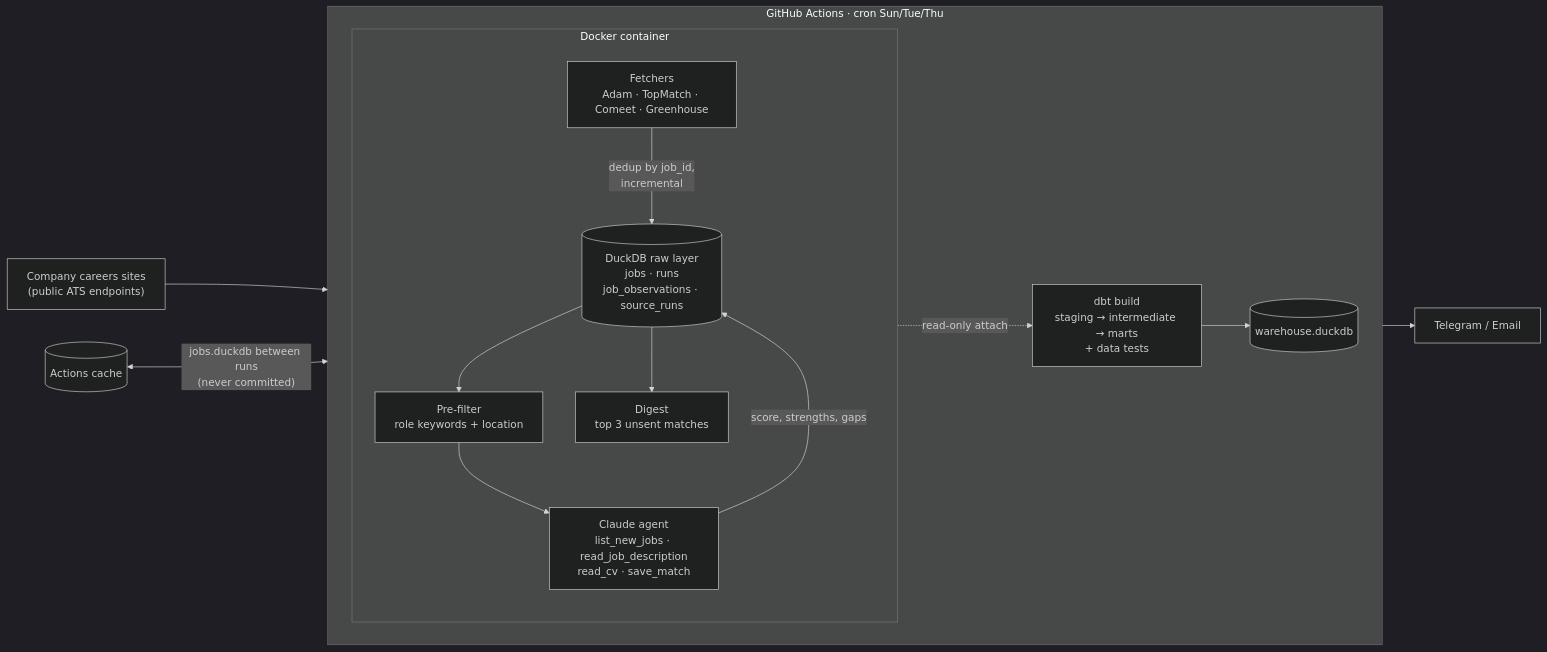
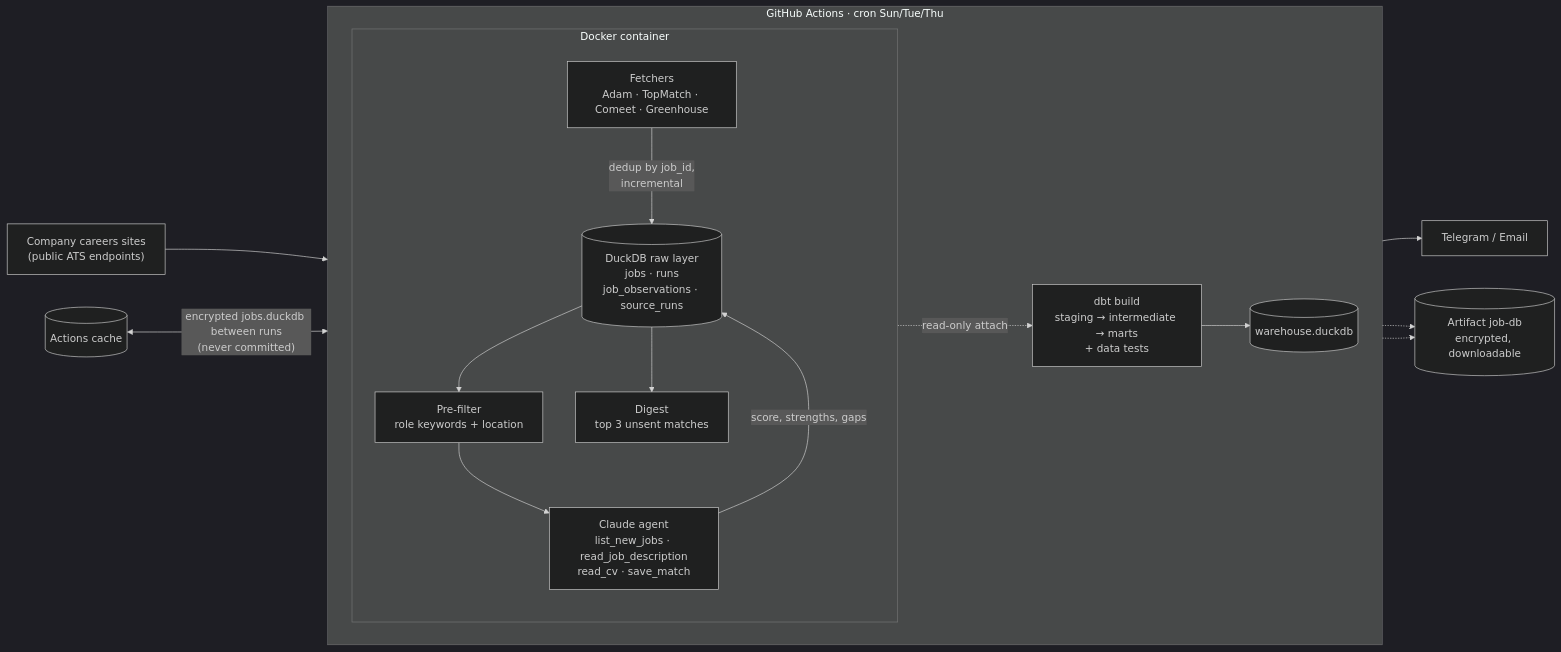
Before and after one commit to tomerdg/job_search_agent: the diagram in README.md, drawn with Mermaid (dark theme). The commit also changed other lines of this file and 2 other files, not shown here.

First line of the commit message:
Keep the job database from scheduled runs, encrypted

````diff
--- a/README.md
+++ b/README.md
@@ -21,23 +21,25 @@
 ```mermaid
 flowchart LR
     subgraph GA["GitHub Actions · cron Sun/Tue/Thu"]
         direction LR
         subgraph D["Docker container"]
             direction TB
             F["Fetchers<br/>Adam · TopMatch · Comeet · Greenhouse"]
             R[("DuckDB raw layer<br/>jobs · runs<br/>job_observations · source_runs")]
             P["Pre-filter<br/>role keywords + location"]
             A["Claude agent<br/>list_new_jobs · read_job_description<br/>read_cv · save_match"]
             N["Digest<br/>top 3 unsent matches"]
             F -->|"dedup by job_id,<br/>incremental"| R
             R --> P --> A -->|score, strengths, gaps| R
             R --> N
         end
         T["dbt build<br/>staging → intermediate → marts<br/>+ data tests"]
         W[("warehouse.duckdb")]
         R -.->|read-only attach| T --> W
     end
     S["Company careers sites<br/>(public ATS endpoints)"] --> F
     N --> O["Telegram / Email"]
-    C[("Actions cache")] <-->|"jobs.duckdb between runs<br/>(never committed)"| R
+    C[("Actions cache")] <-->|"encrypted jobs.duckdb between runs<br/>(never committed)"| R
+    W -.-> X[("Artifact job-db<br/>encrypted, downloadable")]
+    R -.-> X
 ```
````
